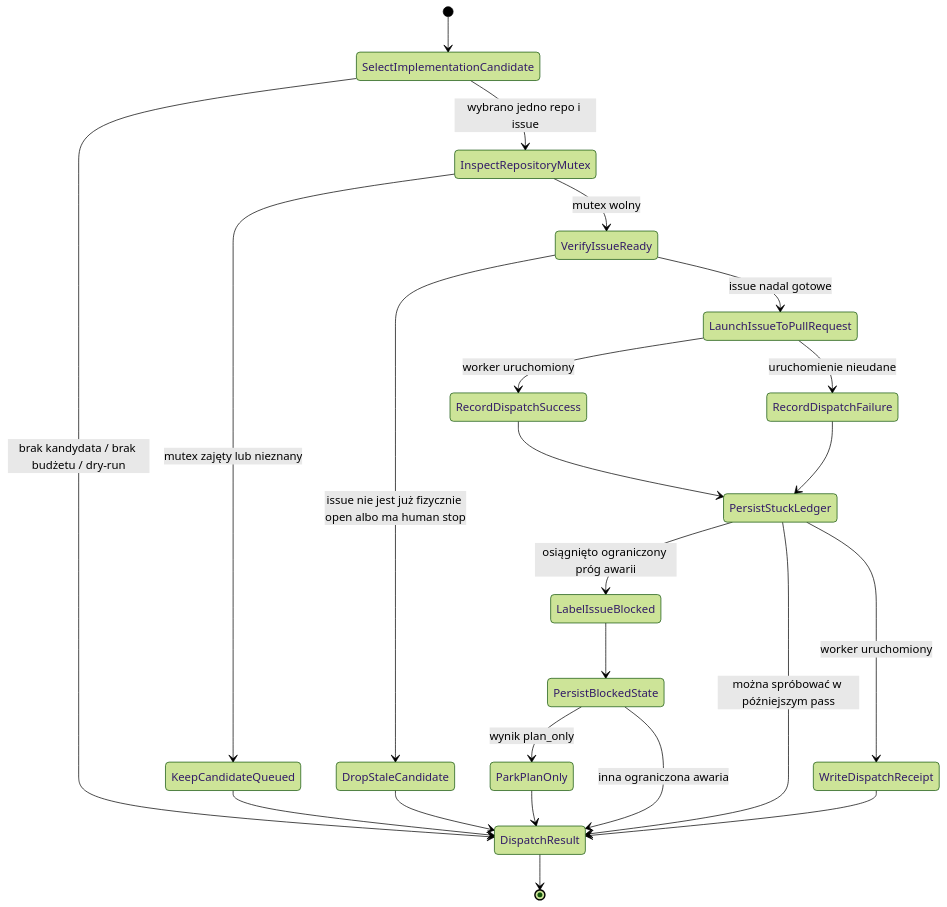
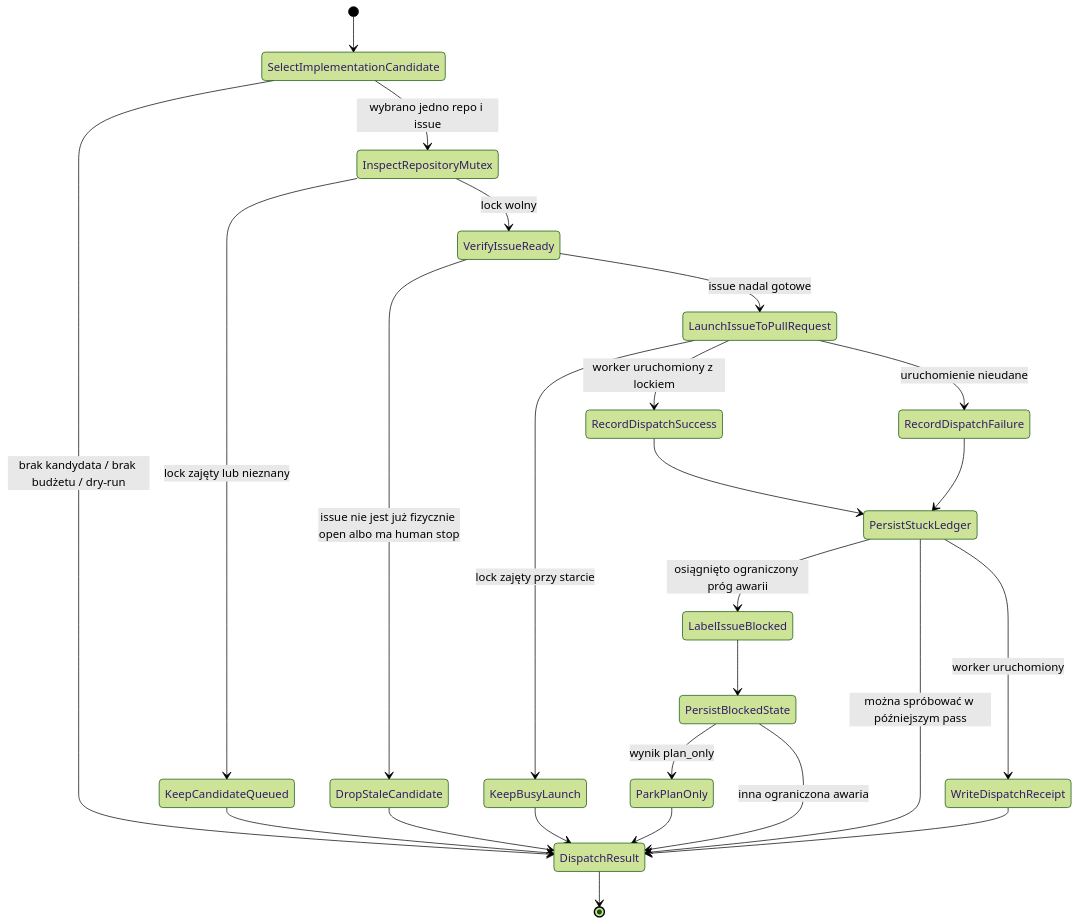
One commit to mikolaj92/lokay changed the fifth of 47 diagrams in README.md. Above: the diagram before and after it, drawn with Mermaid (forest theme). The commit also changed other lines of this file and 18 other files, not shown here.

````diff
--- a/README.md
+++ b/README.md
@@ -190,25 +190,27 @@
 ```mermaid
 stateDiagram-v2
     [*] --> SelectImplementationCandidate
     SelectImplementationCandidate --> DispatchResult: brak kandydata / brak budżetu / dry-run
     SelectImplementationCandidate --> InspectRepositoryMutex: wybrano jedno repo i issue
-    InspectRepositoryMutex --> KeepCandidateQueued: mutex zajęty lub nieznany
-    InspectRepositoryMutex --> VerifyIssueReady: mutex wolny
+    InspectRepositoryMutex --> KeepCandidateQueued: lock zajęty lub nieznany
+    InspectRepositoryMutex --> VerifyIssueReady: lock wolny
     VerifyIssueReady --> DropStaleCandidate: issue nie jest już fizycznie open albo ma human stop
     VerifyIssueReady --> LaunchIssueToPullRequest: issue nadal gotowe
-    LaunchIssueToPullRequest --> RecordDispatchSuccess: worker uruchomiony
+    LaunchIssueToPullRequest --> KeepBusyLaunch: lock zajęty przy starcie
+    LaunchIssueToPullRequest --> RecordDispatchSuccess: worker uruchomiony z lockiem
     LaunchIssueToPullRequest --> RecordDispatchFailure: uruchomienie nieudane
+    KeepBusyLaunch --> DispatchResult
     RecordDispatchSuccess --> PersistStuckLedger
     RecordDispatchFailure --> PersistStuckLedger
     PersistStuckLedger --> LabelIssueBlocked: osiągnięto ograniczony próg awarii
     PersistStuckLedger --> DispatchResult: można spróbować w późniejszym pass
     LabelIssueBlocked --> PersistBlockedState
     PersistBlockedState --> ParkPlanOnly: wynik plan_only
     PersistBlockedState --> DispatchResult: inna ograniczona awaria
     ParkPlanOnly --> DispatchResult
     PersistStuckLedger --> WriteDispatchReceipt: worker uruchomiony
     WriteDispatchReceipt --> DispatchResult
     KeepCandidateQueued --> DispatchResult
     DropStaleCandidate --> DispatchResult
     DispatchResult --> [*]
 ```
````
